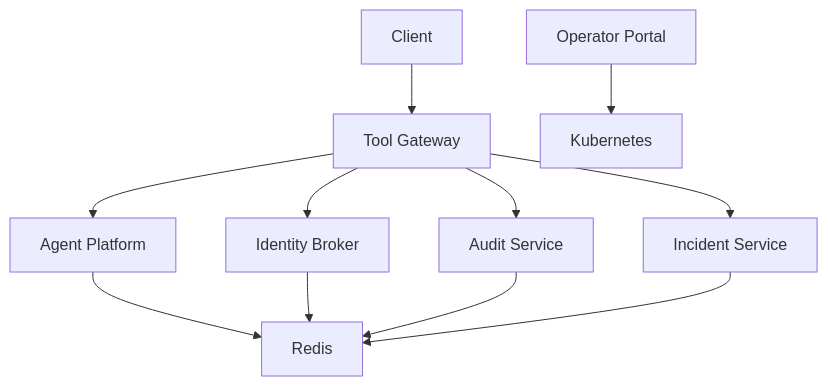
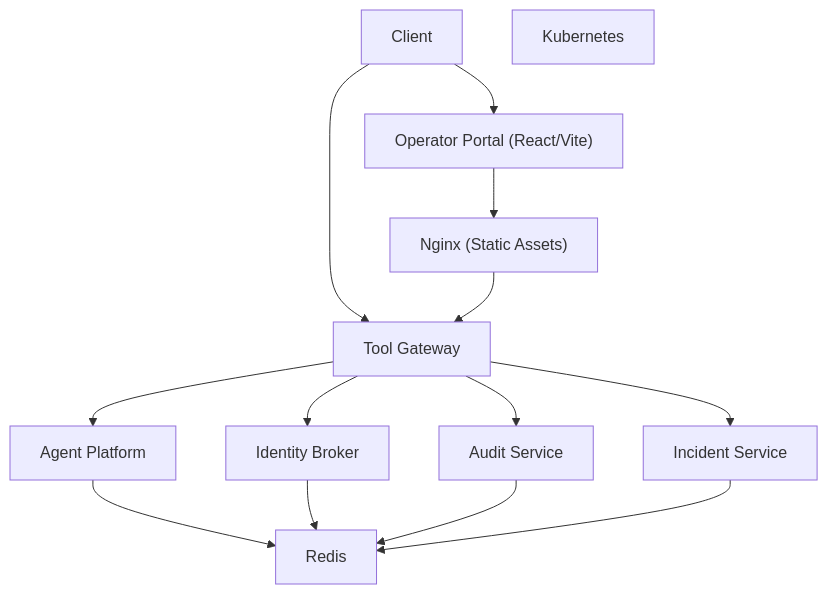
Before and after one commit to metasync/luban-aiops: the second of 2 diagrams in .qoder/repowiki/en/content/Getting Started.md, drawn with Mermaid. The commit also changed other lines of this file and 51 other files, not shown here.

````diff
--- a/.qoder/repowiki/en/content/Getting Started.md
+++ b/.qoder/repowiki/en/content/Getting Started.md
@@ -408,22 +480,25 @@
 ```mermaid
 graph TB
 Client["Client"]
 GW["Tool Gateway"]
 IDB["Identity Broker"]
 AP["Agent Platform"]
-OP["Operator Portal"]
+OP["Operator Portal (React/Vite)"]
 AS["Audit Service"]
 IS["Incident Service"]
 RDS["Redis"]
 K8S["Kubernetes"]
+NGINX["Nginx (Static Assets)"]
 Client --> GW
+Client --> OP
 GW --> IDB
 GW --> AP
 GW --> AS
 GW --> IS
-OP --> K8S
+OP --> NGINX
+NGINX --> GW
 AP --> RDS
 IDB --> RDS
 AS --> RDS
 IS --> RDS
 ```
````
